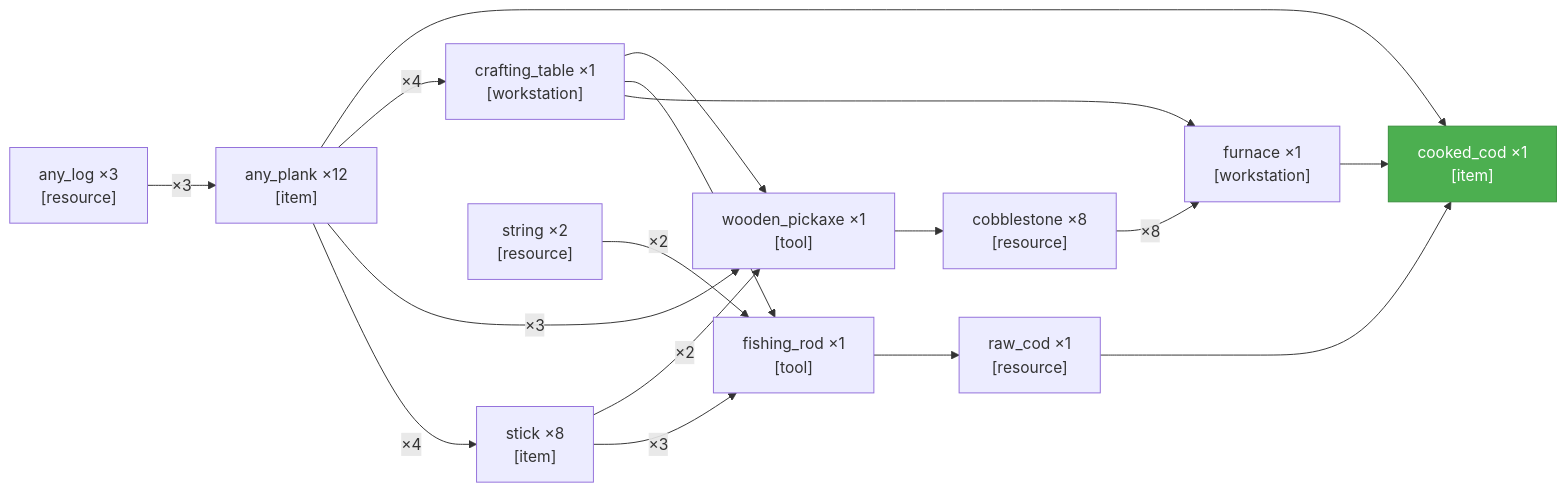
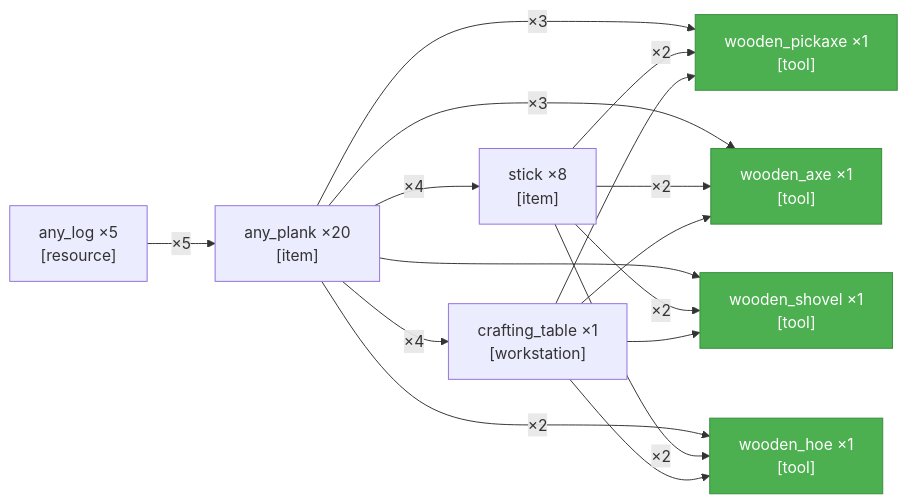
One commit to tomfenno/embodied-intelligence-minecraft changed the diagram in achievement_hunter/current_graphs.md. Above: the diagram before and after it, drawn with Mermaid. The commit also changed other lines of this file and 13 other files, not shown here.

````diff
--- a/achievement_hunter/current_graphs.md
+++ b/achievement_hunter/current_graphs.md
@@ -4,31 +4,30 @@
 ```mermaid
 graph LR
-    cooked_cod["cooked_cod ×1<br/>[item]"]
-    raw_cod["raw_cod ×1<br/>[resource]"]
-    furnace["furnace ×1<br/>[workstation]"]
-    any_plank["any_plank ×12<br/>[item]"]
-    any_log["any_log ×3<br/>[resource]"]
+    any_log["any_log ×5<br/>[resource]"]
+    any_plank["any_plank ×20<br/>[item]"]
+    stick["stick ×8<br/>[item]"]
     crafting_table["crafting_table ×1<br/>[workstation]"]
     wooden_pickaxe["wooden_pickaxe ×1<br/>[tool]"]
-    stick["stick ×8<br/>[item]"]
-    string["string ×2<br/>[resource]"]
-    cobblestone["cobblestone ×8<br/>[resource]"]
-    fishing_rod["fishing_rod ×1<br/>[tool]"]
-    raw_cod -->cooked_cod
-    any_plank -->cooked_cod
-    furnace -->cooked_cod
-    fishing_rod -->raw_cod
-    any_log -->|"×3"| any_plank
+    wooden_axe["wooden_axe ×1<br/>[tool]"]
+    wooden_shovel["wooden_shovel ×1<br/>[tool]"]
+    wooden_hoe["wooden_hoe ×1<br/>[tool]"]
+    any_log -->|"×5"| any_plank
     any_plank -->|"×4"| crafting_table
-    crafting_table -->wooden_pickaxe
+    any_plank -->|"×4"| stick
     any_plank -->|"×3"| wooden_pickaxe
     stick -->|"×2"| wooden_pickaxe
-    crafting_table -->fishing_rod
-    stick -->|"×3"| fishing_rod
-    string -->|"×2"| fishing_rod
-    cobblestone -->|"×8"| furnace
-    wooden_pickaxe -->cobblestone
-    crafting_table -->furnace
-    any_plank -->|"×4"| stick
-    style cooked_cod fill:#4CAF50,color:#fff,stroke:#388E3C
+    crafting_table -->wooden_pickaxe
+    any_plank -->|"×3"| wooden_axe
+    stick -->|"×2"| wooden_axe
+    crafting_table -->wooden_axe
+    any_plank -->wooden_shovel
+    stick -->|"×2"| wooden_shovel
+    crafting_table -->wooden_shovel
+    any_plank -->|"×2"| wooden_hoe
+    stick -->|"×2"| wooden_hoe
+    crafting_table -->wooden_hoe
+    style wooden_pickaxe fill:#4CAF50,color:#fff,stroke:#388E3C
+    style wooden_axe fill:#4CAF50,color:#fff,stroke:#388E3C
+    style wooden_shovel fill:#4CAF50,color:#fff,stroke:#388E3C
+    style wooden_hoe fill:#4CAF50,color:#fff,stroke:#388E3C
 ```
````
